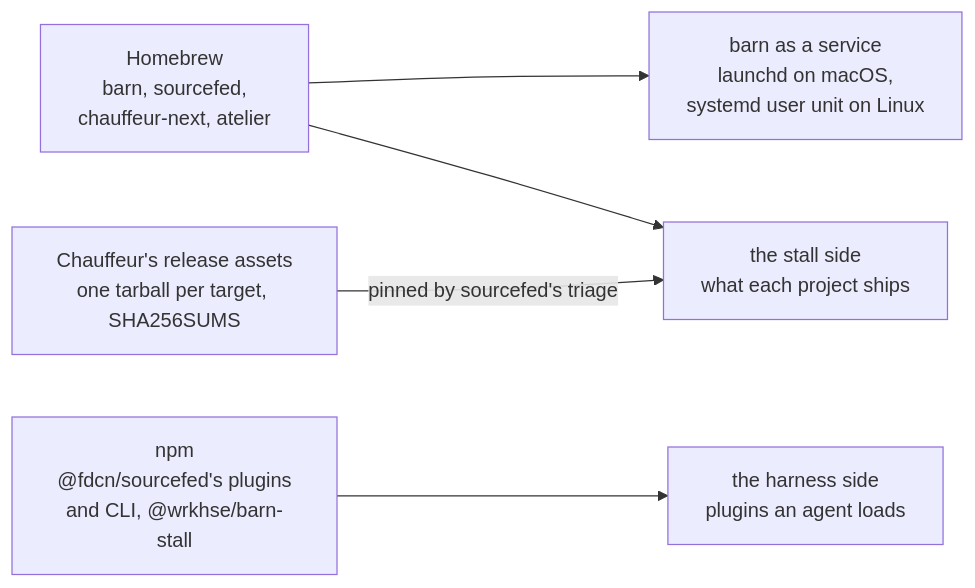
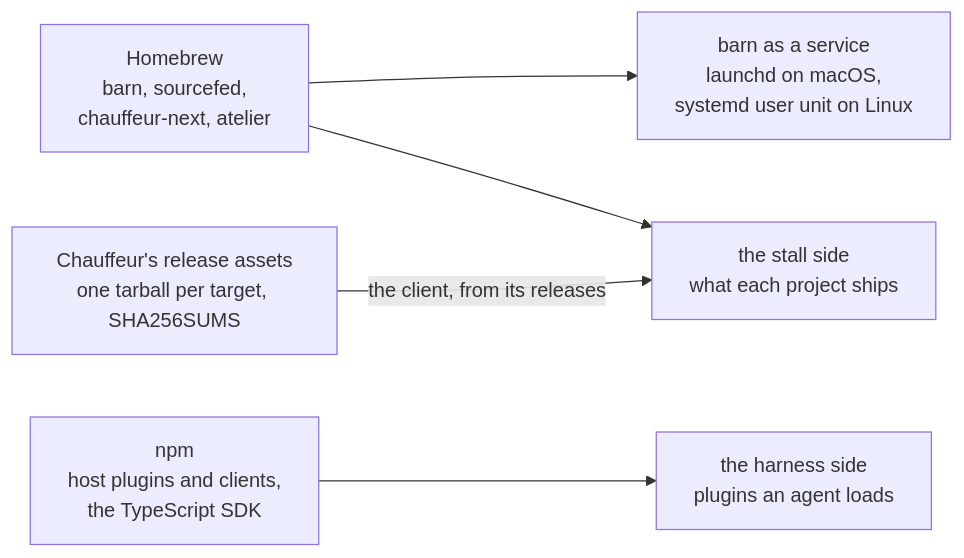
Before and after one commit to wrkhse/workhorse: the sixth of 7 diagrams in ARCHITECTURE.md, drawn with Mermaid. The commit also changed other lines of this file and 9 other files, not shown here.

````diff
--- a/ARCHITECTURE.md
+++ b/ARCHITECTURE.md
@@ -141,13 +143,13 @@
 ```mermaid
 flowchart LR
     BREW["Homebrew<br/>barn, sourcefed,<br/>chauffeur-next, atelier"]
     SVC["barn as a service<br/>launchd on macOS,<br/>systemd user unit on Linux"]
     STL["the stall side<br/>what each project ships"]
-    NPM["npm<br/>@fdcn/sourcefed's plugins<br/>and CLI, @wrkhse/barn-stall"]
+    NPM["npm<br/>host plugins and clients,<br/>the TypeScript SDK"]
     HOST["the harness side<br/>plugins an agent loads"]
     REL["Chauffeur's release assets<br/>one tarball per target, SHA256SUMS"]
     BREW --> SVC
     BREW --> STL
     NPM --> HOST
-    REL -->|"pinned by sourcefed's triage"| STL
+    REL -->|"the client, from its releases"| STL
 ```
````
